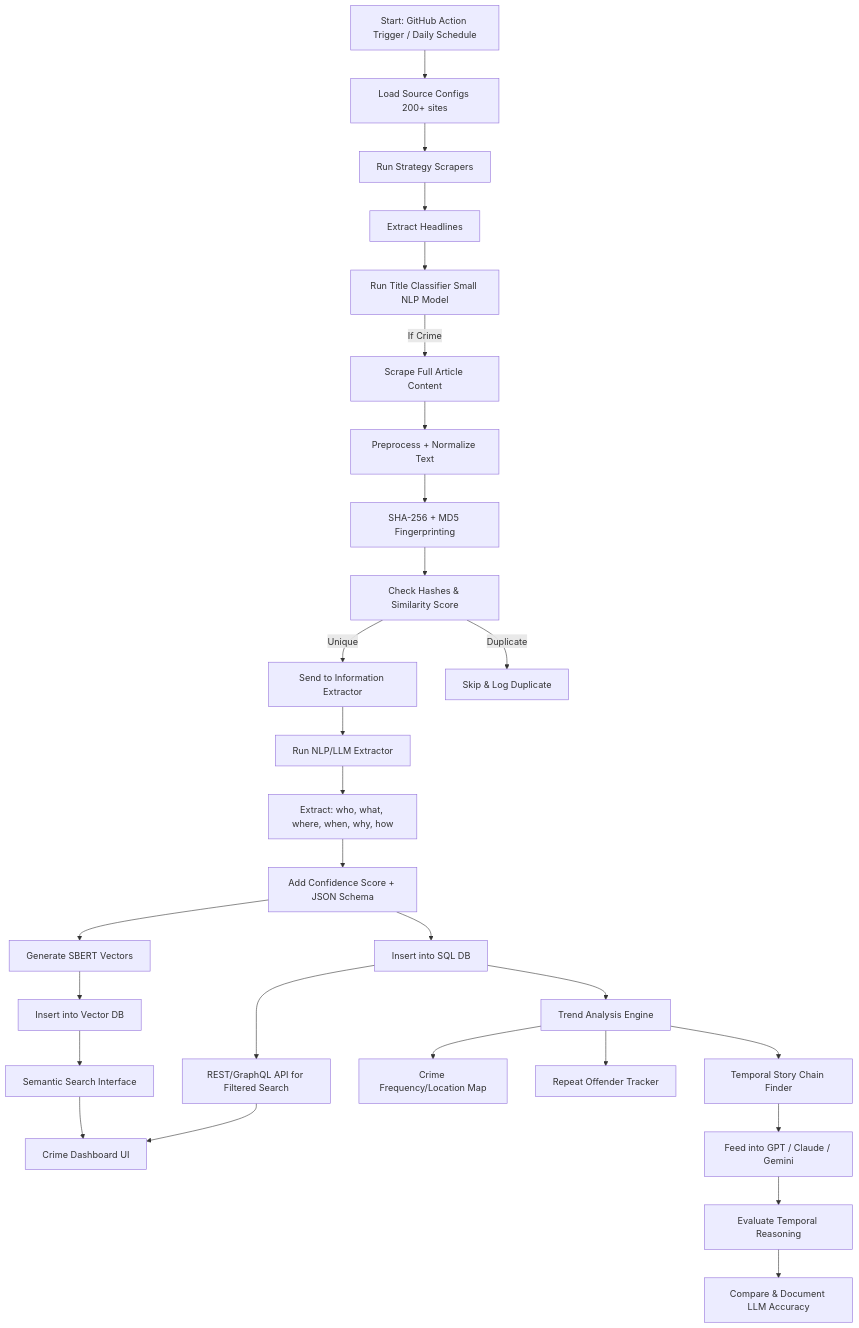
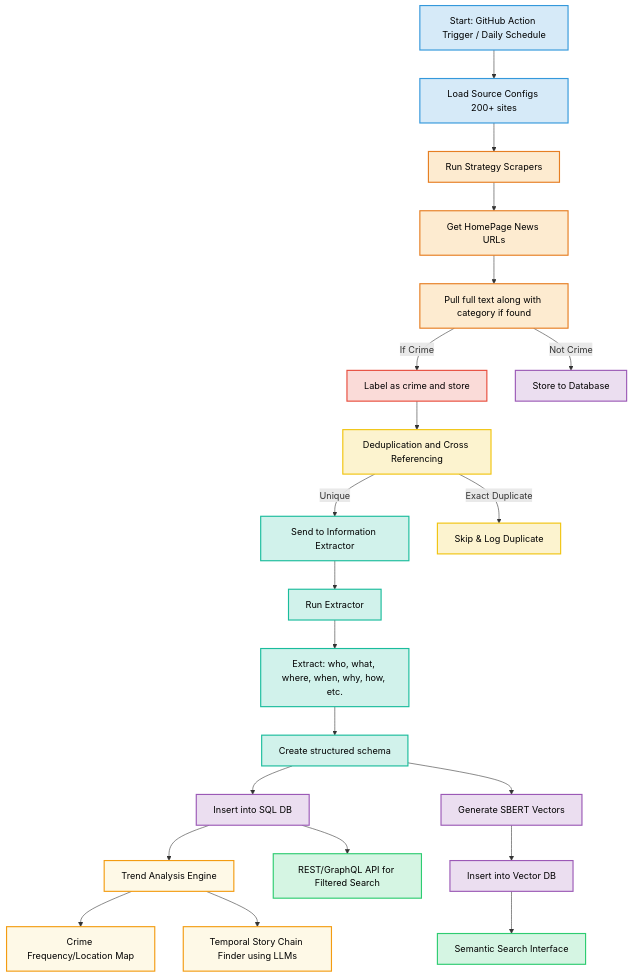
One commit to sakhadib/CRIMENET-Global-Crime-Intelligence-Engine changed the diagram in README.md. Above: the diagram before and after it, drawn with Mermaid.

````diff
--- a/README.md
+++ b/README.md
@@ -39,48 +39,64 @@
 ```mermaid
 graph TD
 
-%% ⏱ GitHub Actions Automation
-A[Start: GitHub Action Trigger / Daily Schedule] --> B1[Load Source Configs 200+ sites]
+%% Color Legend
+%% Automation: Light Blue
+%% Scraping/Data Collection: Orange
+%% Crime Processing: Red
+%% Storage: Purple
+%% AI Processing: Teal
+%% API/Interface: Green
+%% Analytics: Gold
 
-%% 🧱 Strategy-based Scraping
-B1 --> B2[Run Strategy Scrapers] --> B3[Extract Headlines]
+%% ⏱ GitHub Actions Automation - Light Blue
+A[Start: GitHub Action Trigger / Daily Schedule]:::automation --> B1[Load Source Configs 200+ sites]:::automation
 
-%% 🧠 Title Classification
-B3 --> C1[Run Title Classifier Small NLP Model]
-C1 -->|If Crime| D1[Scrape Full Article Content]
+%% 🧱 Strategy-based Scraping - Orange
+B1:::automation --> B2[Run Strategy Scrapers]:::scraping
+B2:::scraping --> B3[Get HomePage News URLs]:::scraping
 
-%% 🔁 Deduplication
-D1 --> E1[Preprocess + Normalize Text]
-E1 --> E2[SHA-256 + MD5 Fingerprinting]
-E2 --> E3[Check Hashes & Similarity Score]
-E3 -->|Unique| F1[Send to Information Extractor]
-E3 -->|Duplicate| X1[Skip & Log Duplicate]
+%% Pull News - Orange
+B3:::scraping --> C1[Pull full text along with category if found]:::scraping
+C1:::scraping -->|If Crime| D1[Label as crime and store]:::crime
+C1:::scraping -->|Not Crime| Z1[Store to Database]:::storage
 
-%% 🧠 Information Extraction
-F1 --> F2[Run NLP/LLM Extractor]
-F2 --> F3[Extract: who, what, where, when, why, how]
-F3 --> F4[Add Confidence Score + JSON Schema]
+%% 🔁 Deduplication - Yellow
+D1:::crime --> E3[Deduplication and Cross Referencing]:::processing
+E3:::processing -->|Unique| F1[Send to Information Extractor]:::ai
+E3:::processing -->|Exact Duplicate| X1[Skip & Log Duplicate]:::processing
 
-%% 💾 Storage Layer
-F4 --> G1[Insert into SQL DB]
-F4 --> G2[Generate SBERT Vectors]
-G2 --> G3[Insert into Vector DB]
+%% 🧠 Information Extraction - Teal
+F1:::ai --> F2[Run Extractor]:::ai
+F2:::ai --> F3[Extract: who, what, where, when, why, how, etc.]:::ai
+F3:::ai --> F4[Create structured schema]:::ai
 
-%% 🔍 API and UI Interface
-G1 --> H1[REST/GraphQL API for Filtered Search]
-G3 --> H2[Semantic Search Interface]
-H1 --> I1[Crime Dashboard UI]
-H2 --> I1
+%% 💾 Storage Layer - Purple
+F4:::ai --> G1[Insert into SQL DB]:::storage
+F4:::ai --> G2[Generate SBERT Vectors]:::storage
+G2:::storage --> G3[Insert into Vector DB]:::storage
 
-%% 📊 Analytics Engine
-G1 --> J1[Trend Analysis Engine]
-J1 --> J2[Crime Frequency/Location Map]
-J1 --> J3[Repeat Offender Tracker]
-J1 --> J4[Temporal Story Chain Finder]
+%% 🔍 API and UI Interface - Green
+G1:::storage --> H1[REST/GraphQL API for Filtered Search]:::api
+G3:::storage --> H2[Semantic Search Interface]:::api
 
-%% 🧪 LLM Benchmarking
-J4 --> K1[Feed into GPT / Claude / Gemini]
-K1 --> K2[Evaluate Temporal Reasoning]
-K2 --> K3[Compare & Document LLM Accuracy]
+%% 📊 Analytics Engine - Gold
+G1:::storage --> J1[Trend Analysis Engine]:::analytics
+J1:::analytics --> J2[Crime Frequency/Location Map]:::analytics
+J1:::analytics --> J4[Temporal Story Chain Finder using LLMs]:::analytics
+
+%% Style Definitions
+classDef automation fill:#D6EAF8,stroke:#3498DB,stroke-width:2px;
+classDef scraping fill:#FDEBD0,stroke:#E67E22,stroke-width:2px;
+classDef crime fill:#FADBD8,stroke:#E74C3C,stroke-width:2px;
+classDef processing fill:#FCF3CF,stroke:#F1C40F,stroke-width:2px;
+classDef ai fill:#D1F2EB,stroke:#1ABC9C,stroke-width:2px;
+classDef storage fill:#EBDEF0,stroke:#9B59B6,stroke-width:2px;
+classDef api fill:#D5F5E3,stroke:#2ECC71,stroke-width:2px;
+classDef analytics fill:#FEF9E7,stroke:#F39C12,stroke-width:2px;
+
+%% Add these two lines for black text:
+%% linkStyle default stroke:transparent
+classDef allNodes color:black
+class A,B1,B2,B3,C1,D1,Z1,E3,F1,X1,F2,F3,F4,G1,G2,G3,H1,H2,J1,J2,J4 allNodes
 
 ```
````
